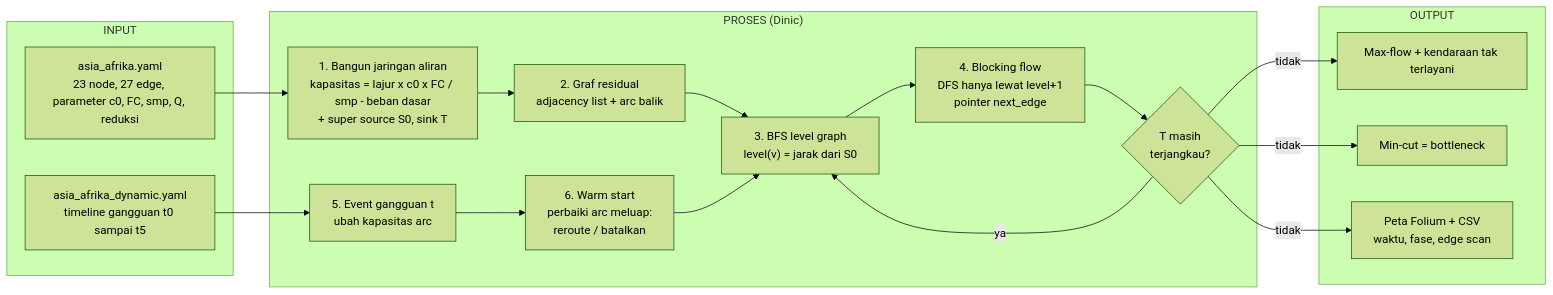
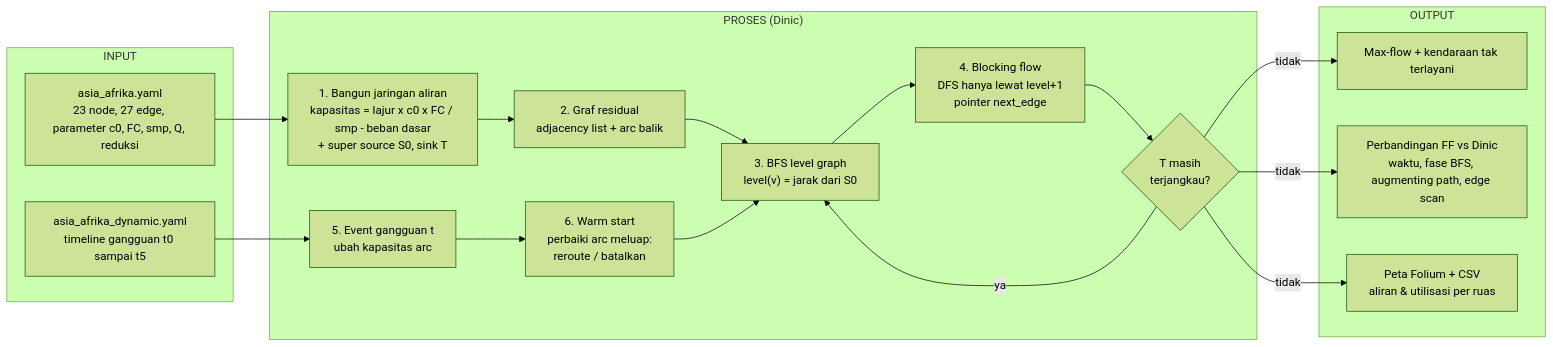
The first of 2 diagrams in docs/bagian_3-2_4-1_4-2.md (MZidaneRamadhan/matdis-tubes-2026), drawn with Mermaid (forest theme) before and after one commit. The commit also changed other lines of this file and 7 other files, not shown here.

Commit message:
Add max-flow algorithm comparison UI, dynamic simulation, and presentation docs

````diff
--- a/docs/bagian_3-2_4-1_4-2.md
+++ b/docs/bagian_3-2_4-1_4-2.md
@@ -23,25 +23,25 @@
 ```mermaid
 flowchart LR
     subgraph IN["INPUT"]
         Y["asia_afrika.yaml<br/>23 node, 27 edge, parameter c0, FC, smp, Q, reduksi"]
         D["asia_afrika_dynamic.yaml<br/>timeline gangguan t0 sampai t5"]
     end
     subgraph P["PROSES (Dinic)"]
         A["1. Bangun jaringan aliran<br/>kapasitas = lajur x c0 x FC / smp - beban dasar<br/>+ super source S0, sink T"]
         B["2. Graf residual<br/>adjacency list + arc balik"]
         C["3. BFS level graph<br/>level(v) = jarak dari S0"]
         E["4. Blocking flow<br/>DFS hanya lewat level+1<br/>pointer next_edge"]
         F{"T masih<br/>terjangkau?"}
         G["5. Event gangguan t<br/>ubah kapasitas arc"]
         H["6. Warm start<br/>perbaiki arc meluap:<br/>reroute / batalkan"]
     end
     subgraph OUT["OUTPUT"]
         O1["Max-flow + kendaraan tak terlayani"]
-        O2["Min-cut = bottleneck"]
-        O3["Peta Folium + CSV<br/>waktu, fase, edge scan"]
+        O2["Perbandingan FF vs Dinic<br/>waktu, fase BFS, augmenting path, edge scan"]
+        O3["Peta Folium + CSV<br/>aliran & utilisasi per ruas"]
     end
     Y --> A --> B --> C --> E --> F
     F -- ya --> C
     F -- tidak --> O1 & O2 & O3
     D --> G --> H --> C
 ```
````
